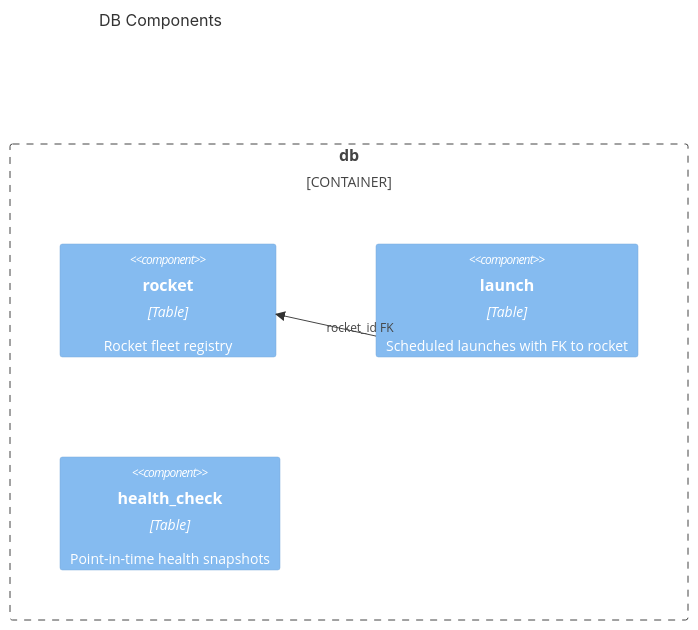
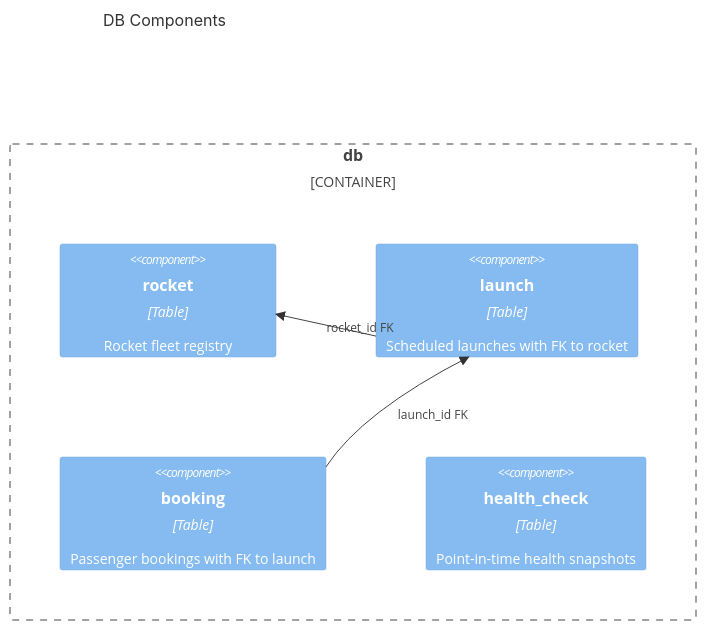
One commit to AlbertoBasaloAcademy/my-investor-2-sdd-claude changed the diagram in .product/arch/db.arch.md. Above: the diagram before and after it, drawn with Mermaid. The commit also changed other lines of this file and 11 other files, not shown here.

````diff
--- a/.product/arch/db.arch.md
+++ b/.product/arch/db.arch.md
@@ -17,12 +17,14 @@
 ```mermaid
 C4Component
   title DB Components
 
   Container_Boundary(boundary, "db") {
     Component(rocket_tbl, "rocket", "Table", "Rocket fleet registry")
     Component(launch_tbl, "launch", "Table", "Scheduled launches with FK to rocket")
+    Component(booking_tbl, "booking", "Table", "Passenger bookings with FK to launch")
     Component(health_tbl, "health_check", "Table", "Point-in-time health snapshots")
   }
 
   Rel(launch_tbl, rocket_tbl, "rocket_id FK")
+  Rel(booking_tbl, launch_tbl, "launch_id FK")
 ```
````
